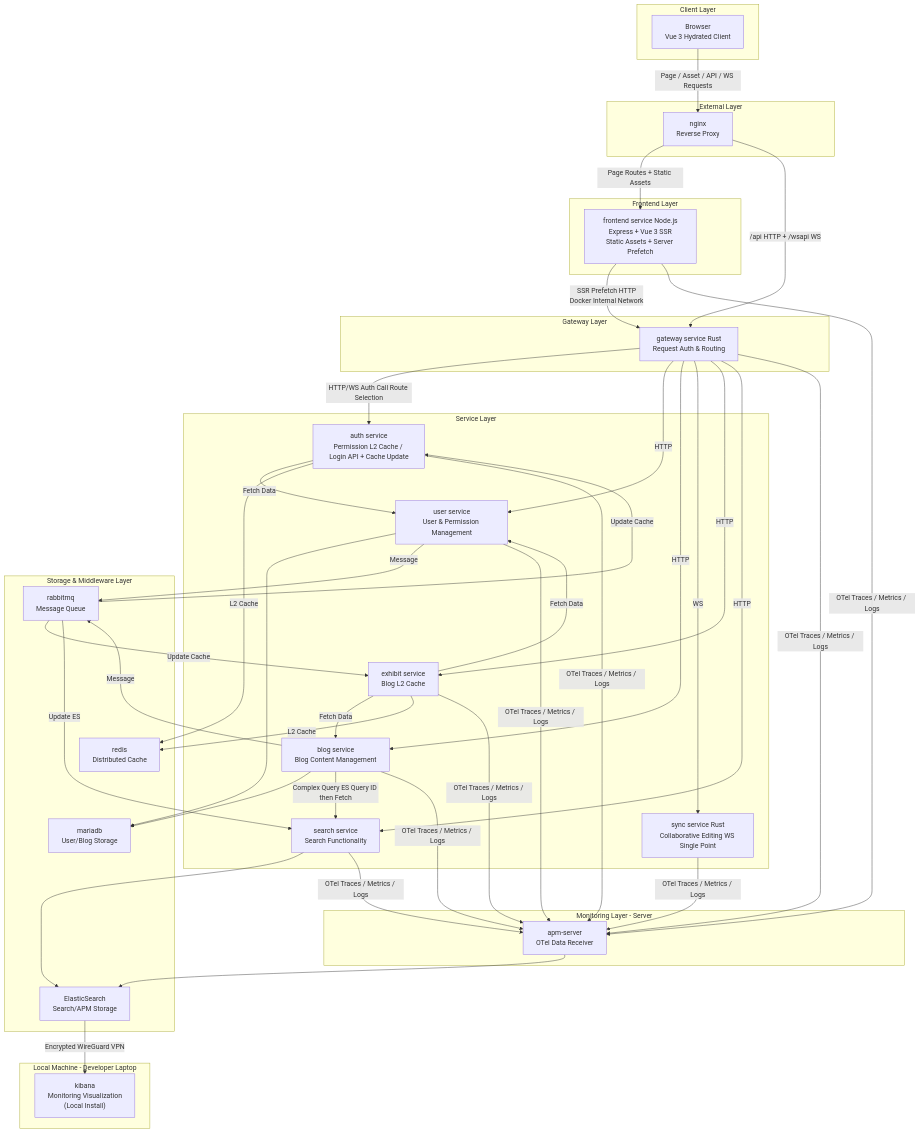
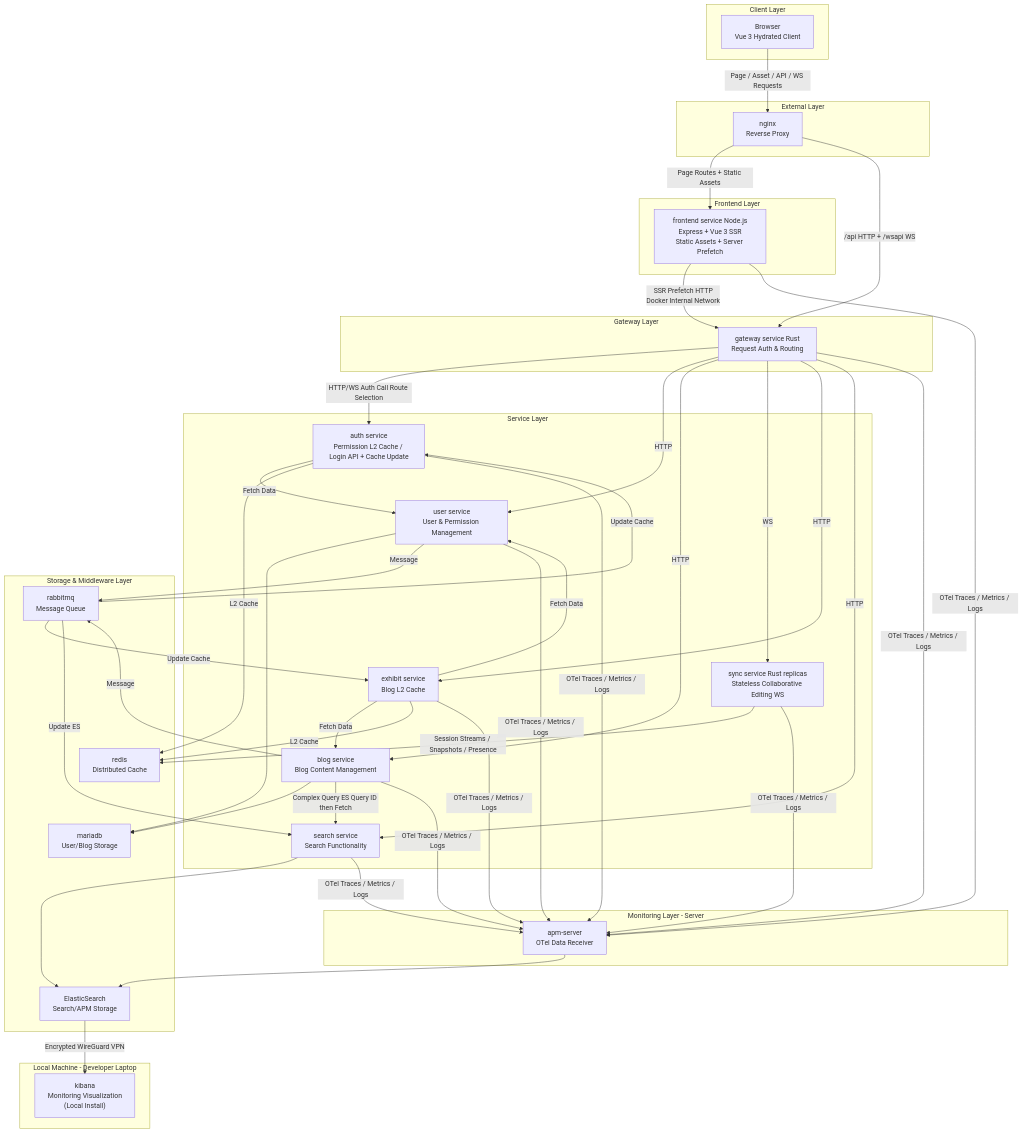
One commit to mingchiuli/megalith-micro changed the diagram in README.md. Above: the diagram before and after it, drawn with Mermaid. The commit also changed other lines of this file and 17 other files, not shown here.

Commit message:
feat: back sync sessions with Redis

````diff
--- a/README.md
+++ b/README.md
@@ -12,67 +12,68 @@
 ```mermaid
 graph TD
     %% Layer Definitions
     subgraph ClientLayer[Client Layer]
         Browser["Browser<br/>Vue 3 Hydrated Client"]
     end
     subgraph ExternalLayer[External Layer]
         Nginx["nginx<br/>Reverse Proxy"]
     end
     subgraph FrontendLayer[Frontend Layer]
         Frontend["frontend service Node.js<br/>Express + Vue 3 SSR<br/>Static Assets + Server Prefetch"]
     end
     subgraph GatewayLayer[Gateway Layer]
         Gateway["gateway service Rust<br/>Request Auth & Routing"]
     end
     subgraph ServiceLayer[Service Layer]
         Auth["auth service<br/>Permission L2 Cache / Login API + Cache Update"]
         User["user service<br/>User & Permission Management"]
         Blog["blog service<br/>Blog Content Management"]
-        Sync["sync service Rust<br/>Collaborative Editing WS Single Point"]
+        Sync["sync service Rust replicas<br/>Stateless Collaborative Editing WS"]
         Exhibit["exhibit service<br/>Blog L2 Cache"]
         Search["search service<br/>Search Functionality"]
     end
     subgraph StorageLayer[Storage & Middleware Layer]
         MariaDB["mariadb<br/>User/Blog Storage"]
         Redis["redis<br/>Distributed Cache"]
         RabbitMQ["rabbitmq<br/>Message Queue"]
         ES["ElasticSearch<br/>Search/APM Storage"]
     end
     subgraph MonitoringLayer[Monitoring Layer - Server]
         APMServer["apm-server<br/>OTel Data Receiver"]
     end
     subgraph LocalMachine[Local Machine - Developer Laptop]
         Kibana["kibana<br/>Monitoring Visualization<br/>(Local Install)"]
     end
     %% Traffic Flow: page requests use SSR; browser API calls bypass Node
     Browser -->|Page / Asset / API / WS Requests| Nginx
     Nginx -->|Page Routes + Static Assets| Frontend
     Nginx -->|/api HTTP + /wsapi WS| Gateway
     Frontend -->|SSR Prefetch HTTP<br/>Docker Internal Network| Gateway
     Gateway -->|HTTP/WS Auth Call Route Selection| Auth
     Gateway -->|HTTP| User
     Gateway -->|HTTP| Blog
     Gateway -->|WS| Sync
     Gateway -->|HTTP| Exhibit
     Gateway -->|HTTP| Search
     %% Business Dependencies
     User --> MariaDB
     Blog --> MariaDB
     Exhibit -->|Fetch Data| User
     Exhibit -->|Fetch Data| Blog
     Auth -->|Fetch Data| User
     Search --> ES
     Blog -->|Complex Query ES Query ID then Fetch| Search
     %% Messages & Cache Auth receives RabbitMQ messages to update cache
     User -->|Message| RabbitMQ
     Blog -->|Message| RabbitMQ
     RabbitMQ -->|Update Cache| Exhibit
     RabbitMQ -->|Update ES| Search
     RabbitMQ -->|Update Cache| Auth
     Exhibit -->|L2 Cache| Redis
     Auth -->|L2 Cache| Redis
+    Sync -->|Session Streams / Snapshots / Presence| Redis
     %% Monitoring Flow
     Frontend & User & Blog & Auth & Exhibit & Search & Sync & Gateway -->|OTel Traces / Metrics / Logs| APMServer
     APMServer --> ES
     ES -->|Encrypted WireGuard VPN| Kibana
 ```
````
